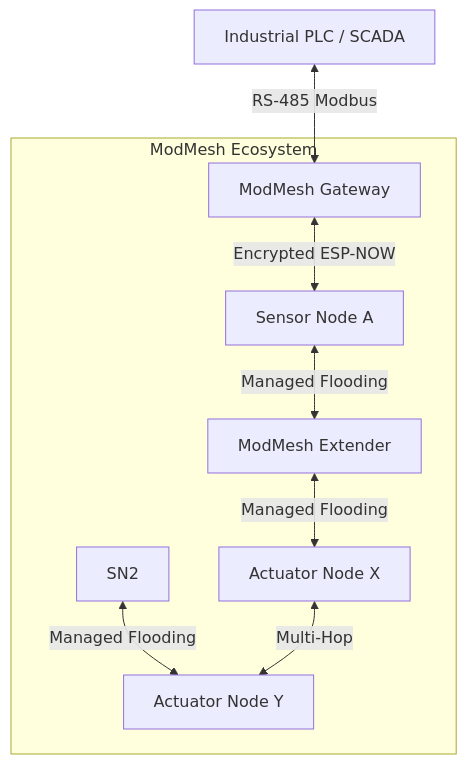
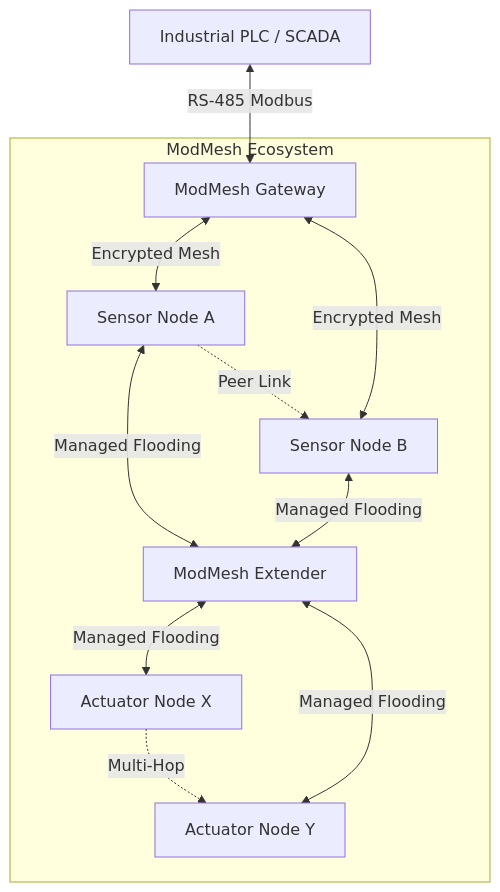
Before and after one commit to dzmarkets/ModMesh: the diagram in README.md, drawn with Mermaid.

Commit message:
Docs: Refine Mermaid architecture diagram for better mesh representation

````diff
--- a/README.md
+++ b/README.md
@@ -32,18 +32,25 @@
 ```mermaid
 graph TD
     PLC[Industrial PLC / SCADA] <-->|RS-485 Modbus| GW[ModMesh Gateway]
-    GW <-->|Encrypted ESP-NOW| SN1[Sensor Node A]
+    
+    GW <-->|Encrypted Mesh| SN1[Sensor Node A]
+    GW <-->|Encrypted Mesh| SN2[Sensor Node B]
+    
     SN1 <-->|Managed Flooding| EX[ModMesh Extender]
+    SN2 <-->|Managed Flooding| EX
+    
     EX <-->|Managed Flooding| AC1[Actuator Node X]
-    SN2 <-->|Managed Flooding| AC2[Actuator Node Y]
-    AC1 <-->|Multi-Hop| AC2
+    EX <-->|Managed Flooding| AC2[Actuator Node Y]
+    
+    SN1 -.->|Peer Link| SN2
+    AC1 -.->|Multi-Hop| AC2
     
     subgraph "ModMesh Ecosystem"
     GW
     SN1
     SN2
     EX
     AC1
     AC2
     end
 ```
````
